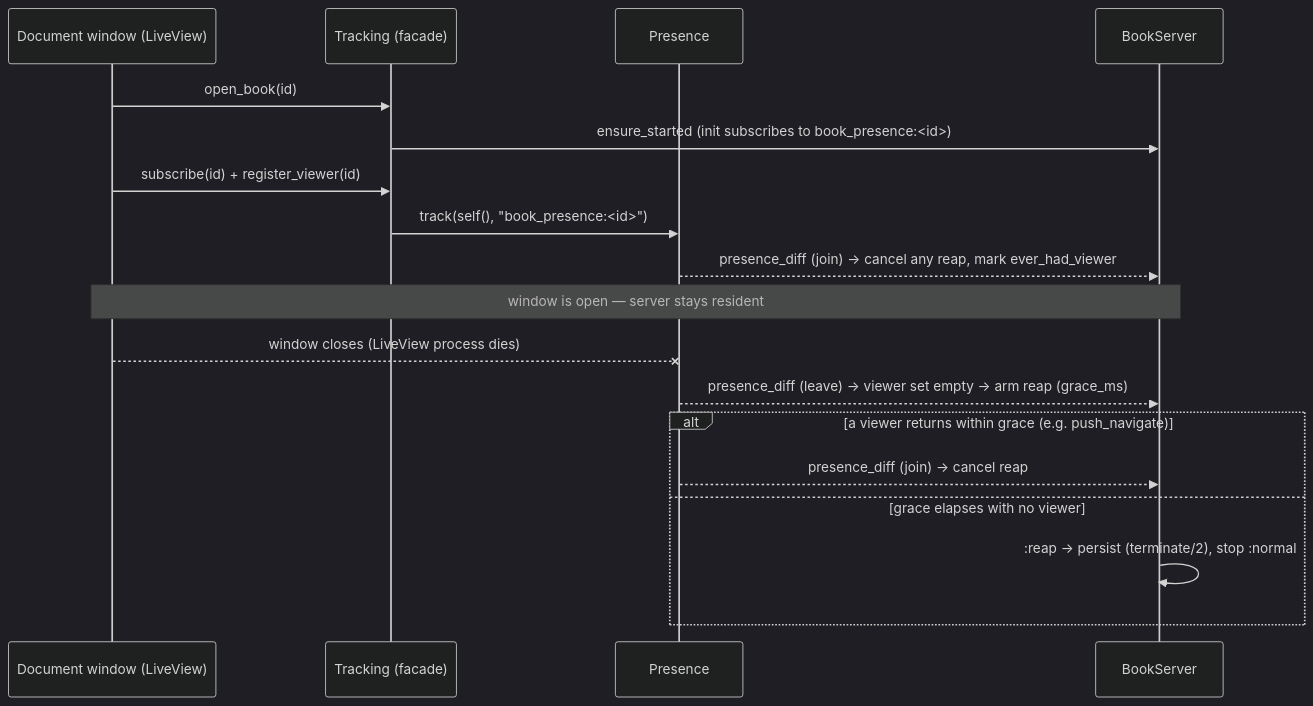
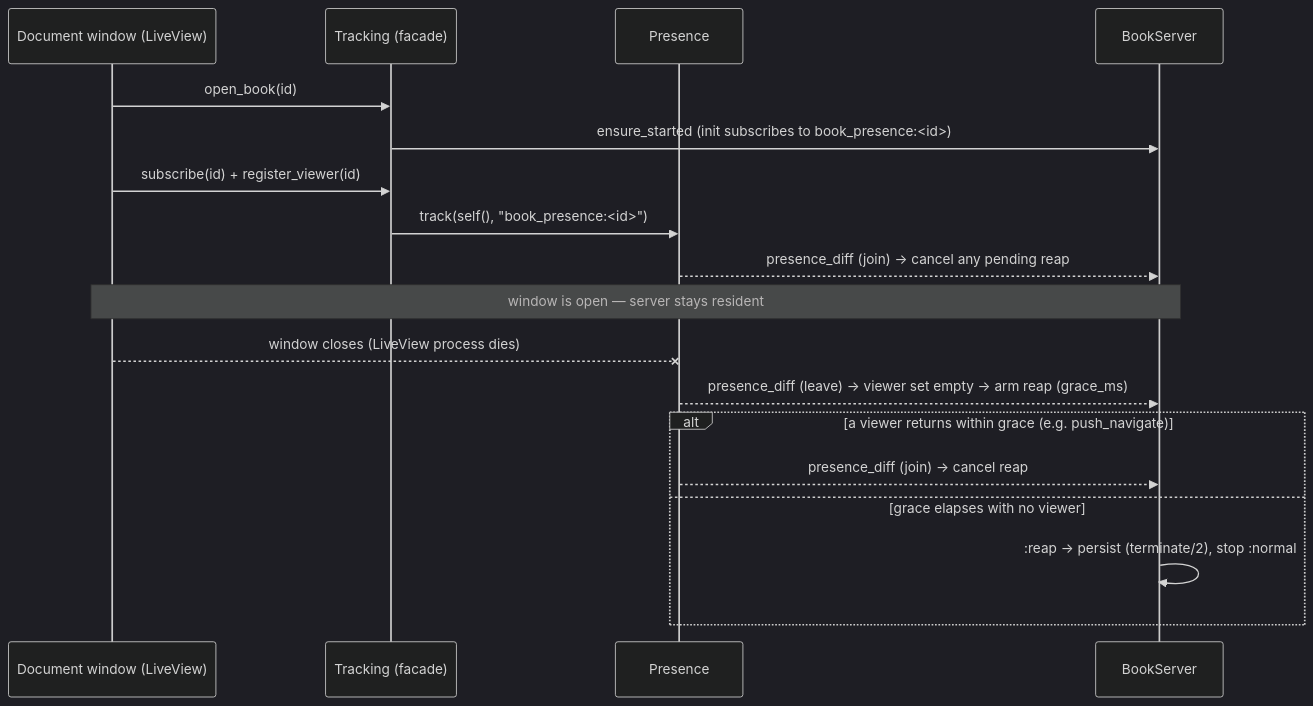
Before and after one commit to zorn/local_cents: the third of 3 diagrams in docs/book-runtime-lifecycle.md, drawn with Mermaid (dark theme). The commit also changed other lines of this file and 2 other files, not shown here.

````diff
--- a/docs/book-runtime-lifecycle.md
+++ b/docs/book-runtime-lifecycle.md
@@ -109,23 +117,23 @@
 ```mermaid
 sequenceDiagram
     participant V as Document window (LiveView)
     participant T as Tracking (facade)
     participant P as Presence
     participant S as BookServer
 
     V->>T: open_book(id)
     T->>S: ensure_started (init subscribes to book_presence:<id>)
     V->>T: subscribe(id) + register_viewer(id)
     T->>P: track(self(), "book_presence:<id>")
-    P-->>S: presence_diff (join) → cancel any reap, mark ever_had_viewer
+    P-->>S: presence_diff (join) → cancel any pending reap
 
     Note over V,S: window is open — server stays resident
 
     V--xP: window closes (LiveView process dies)
     P-->>S: presence_diff (leave) → viewer set empty → arm reap (grace_ms)
     alt a viewer returns within grace (e.g. push_navigate)
         P-->>S: presence_diff (join) → cancel reap
     else grace elapses with no viewer
         S->>S: :reap → persist (terminate/2), stop :normal
     end
 ```
````
